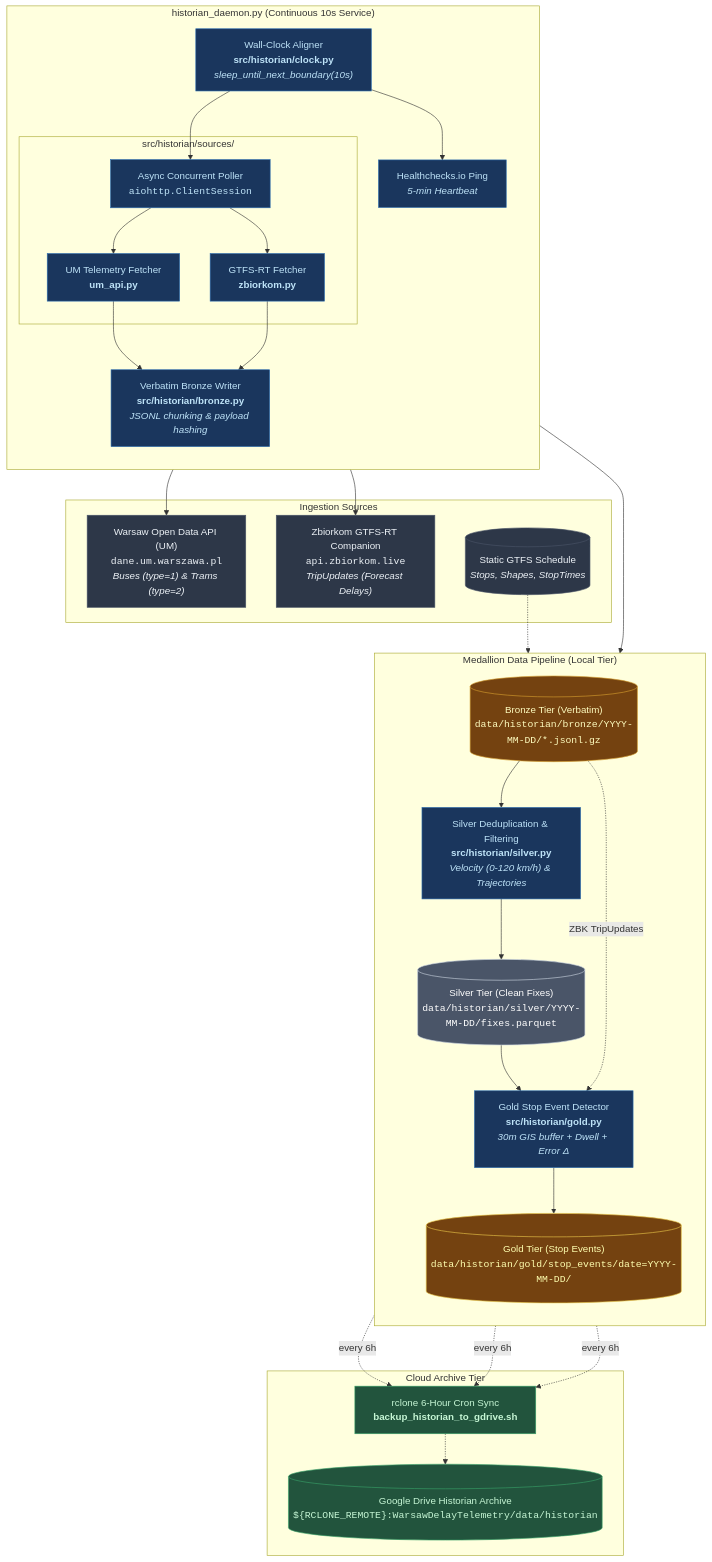
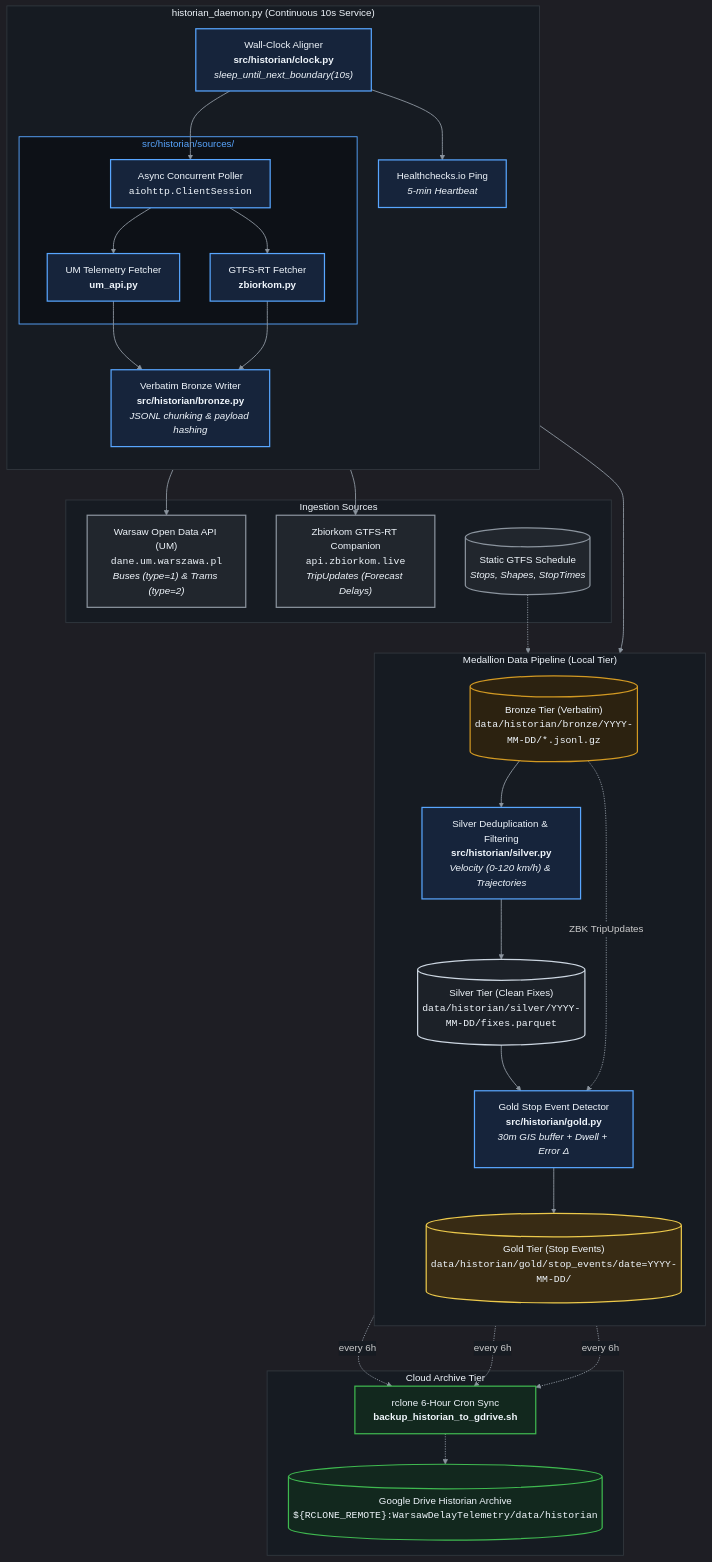
One commit to giangh14cqt/warsaw-public-transport-monitor changed the first of 3 diagrams in architect/historian_pipeline/README.md. Above: the diagram before and after it, drawn with Mermaid. The commit also changed other lines of this file and 9 other files, not shown here.

First line of the commit message:
style(architect): optimize all Mermaid diagrams for GitHub dark theme readability

````diff
--- a/architect/historian_pipeline/README.md
+++ b/architect/historian_pipeline/README.md
@@ -11,4 +11,21 @@
 ```mermaid
+%%{init: {
+  'theme': 'dark',
+  'themeVariables': {
+    'darkMode': true,
+    'background': '#0d1117',
+    'mainBkg': '#161b22',
+    'primaryColor': '#1f2937',
+    'primaryTextColor': '#f0f6fc',
+    'primaryBorderColor': '#58a6ff',
+    'lineColor': '#8b949e',
+    'secondaryColor': '#161b22',
+    'tertiaryColor': '#21262d',
+    'clusterBkg': '#161b22',
+    'clusterBorder': '#30363d',
+    'edgeLabelBackground': '#161b22'
+  }
+}}%%
 flowchart TD
     %% Sources
     subgraph Sources ["Ingestion Sources"]
@@ -71,13 +88,22 @@
     GoldTier -.->|every 6h| RcloneHist
     RcloneHist -.-> GDriveHist
 
-    %% Styles
-    classDef ext fill:#2d3748,stroke:#4a5568,color:#edf2f7;
-    classDef daemon fill:#1a365d,stroke:#2b6cb0,color:#bee3f8;
-    classDef bronze fill:#744210,stroke:#d69e2e,color:#fefcbf;
-    classDef silver fill:#4a5568,stroke:#cbd5e0,color:#ffffff;
-    classDef gold fill:#744210,stroke:#ecc94b,color:#ffffb0;
-    classDef cloud fill:#22543d,stroke:#38a169,color:#c6f6d5;
+    %% Subgraph Styling
+    style Sources fill:#161b22,stroke:#30363d,stroke-width:1.5px,color:#f0f6fc
+    style Daemon fill:#161b22,stroke:#30363d,stroke-width:1.5px,color:#f0f6fc
+    style MultiPoller fill:#0d1117,stroke:#58a6ff,stroke-width:1.5px,color:#58a6ff
+    style Medallion fill:#161b22,stroke:#30363d,stroke-width:1.5px,color:#f0f6fc
+    style Offsite fill:#161b22,stroke:#30363d,stroke-width:1.5px,color:#f0f6fc
+
+    %% High-Contrast Node Styling
+    classDef ext fill:#21262d,stroke:#8b949e,stroke-width:2px,color:#f0f6fc;
+    classDef daemon fill:#16243b,stroke:#58a6ff,stroke-width:2px,color:#f0f6fc;
+    classDef bronze fill:#2c2210,stroke:#d29922,stroke-width:2px,color:#f0f6fc;
+    classDef silver fill:#1c2128,stroke:#cbd5e0,stroke-width:2px,color:#f0f6fc;
+    classDef gold fill:#382b14,stroke:#ecc94b,stroke-width:2px,color:#f0f6fc;
+    classDef cloud fill:#12281e,stroke:#3fb950,stroke-width:2px,color:#f0f6fc;
+
+    linkStyle default stroke:#8b949e,stroke-width:1.5px;
 
     class UM_API,ZBK_API,GTFS_Static ext;
     class ClockSync,AsyncFetch,UMFetcher,ZBKFetcher,BronzeEngine,Healthcheck,SilverEngine,GoldEngine daemon;
````
